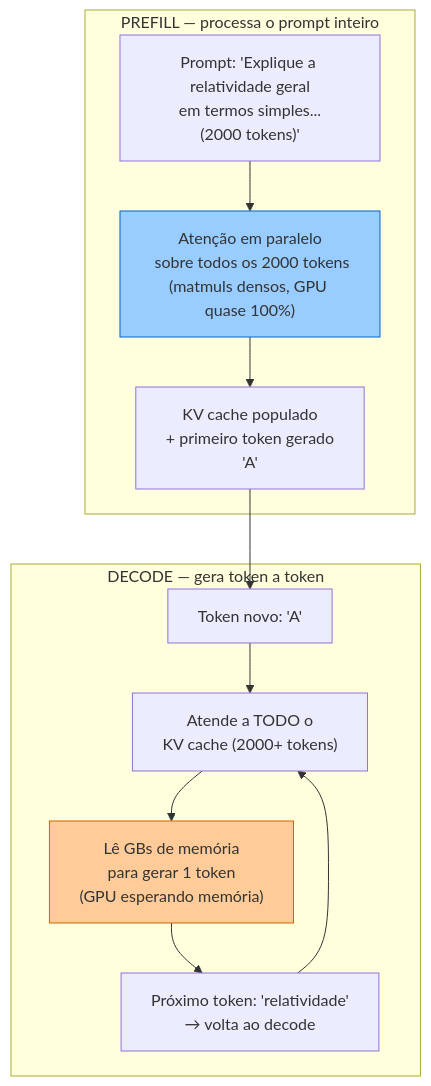
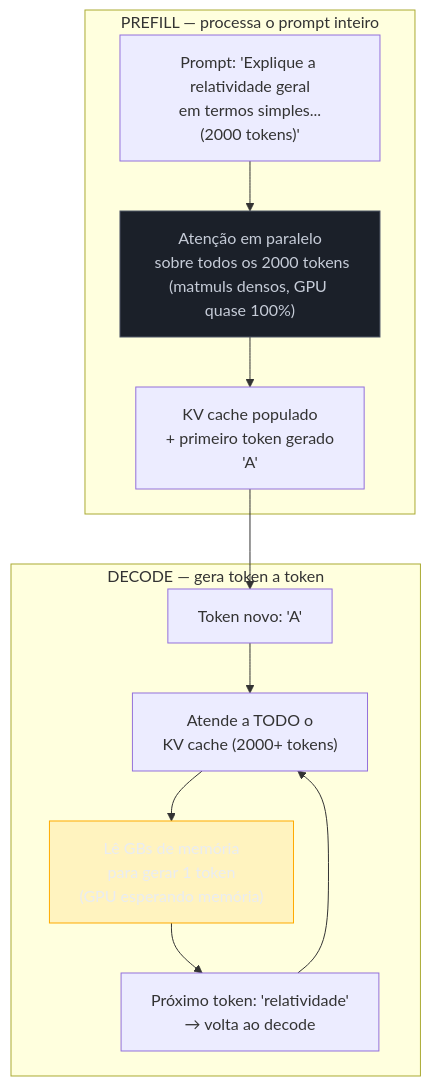
Before and after one commit to josenaldo/codex-technomanticus: the first of 4 diagrams in 03-Dominios/Tecnologia/IA/Anatomia dos LLMs/04a - KV cache, prefill e decode — a física da inferência.md, drawn with Mermaid. The commit also changed other lines of this file and 1181 other files, not shown here.

First line of the commit message:
fix(diagramas): paleta do sistema no lugar de cor cravada no markdown

````diff
--- a/03-Dominios/Tecnologia/IA/Anatomia dos LLMs/04a - KV cache, prefill e decode — a física da inferência.md
+++ b/03-Dominios/Tecnologia/IA/Anatomia dos LLMs/04a - KV cache, prefill e decode — a física da inferência.md
@@ -60,16 +60,18 @@
 ```mermaid
 graph TD
+    classDef neutro fill:#1B2029,stroke:#4E5666,color:#C6CCD8
+    classDef destaque fill:#FFAA0024,stroke:#FFAA00,color:#E9ECF2
     subgraph "PREFILL — processa o prompt inteiro"
         A["Prompt: 'Explique a relatividade geral\nem termos simples...\n(2000 tokens)'"] --> B["Atenção em paralelo\n sobre todos os 2000 tokens\n(matmuls densos, GPU quase 100%)"]
         B --> C["KV cache populado\n+ primeiro token gerado\n'A'"]
     end
     subgraph "DECODE — gera token a token"
         D["Token novo: 'A'"] --> E["Atende a TODO o\nKV cache (2000+ tokens)"]
         E --> F["Lê GBs de memória\npara gerar 1 token\n(GPU esperando memória)"]
         F --> G["Próximo token: 'relatividade'\n→ volta ao decode"]
         G --> E
     end
     C --> D
-    style B fill:#99ccff,stroke:#0066cc
-    style F fill:#ffcc99,stroke:#cc6600
+    class B neutro
+    class F destaque
 ```
````
